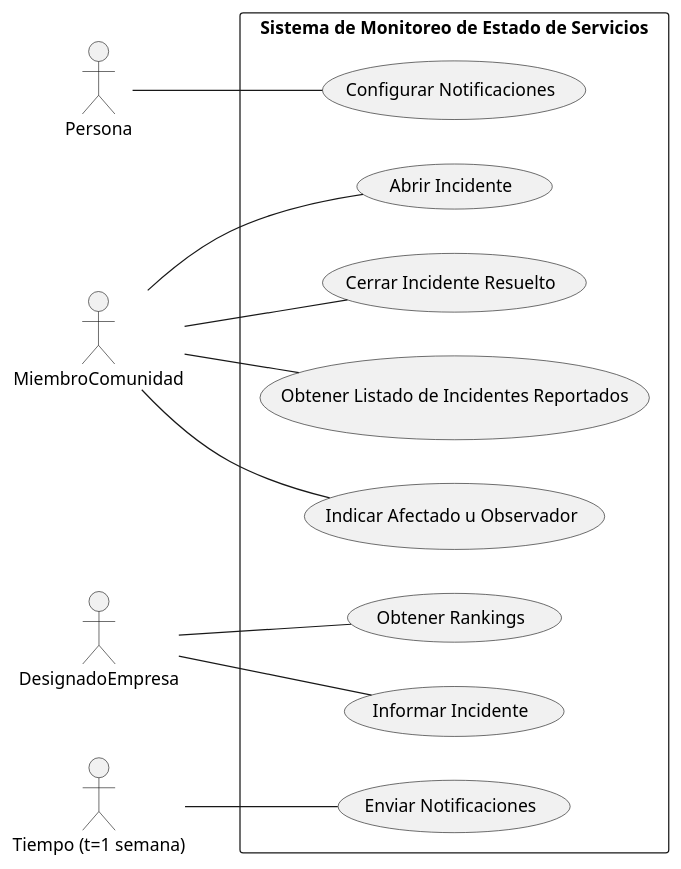
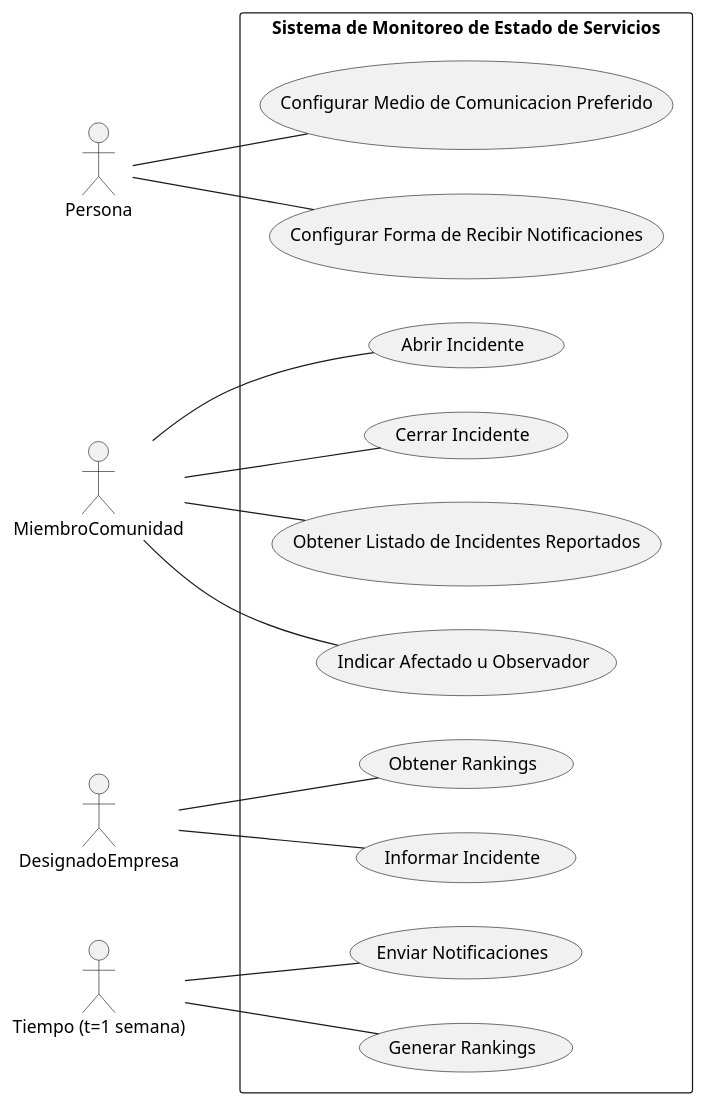
One commit to AndyTrias/comunidades-apoyo-movilidad-reducida- changed the diagram in Entregables/CasosDeUso.wsd. Above: the diagram before and after it, drawn with PlantUML.

Commit message:
nuevo CU

```diff
--- a/Entregables/CasosDeUso.wsd
+++ b/Entregables/CasosDeUso.wsd
@@ -1,23 +1,25 @@
 @startuml Caso De Uso
 
 left to right direction
 actor "Persona" as Persona
 actor "MiembroComunidad" as MiembroComunidad
 actor "DesignadoEmpresa" as DesignadoEmpresa
 actor "Tiempo (t=1 semana)" as Tiempo
 
 rectangle "Sistema de Monitoreo de Estado de Servicios" {
-Persona -- (Configurar Notificaciones)
+Persona -- (Configurar Medio de Comunicacion Preferido)
+Persona -- (Configurar Forma de Recibir Notificaciones)
 
 MiembroComunidad -- (Abrir Incidente)
-MiembroComunidad -- (Cerrar Incidente Resuelto)
+MiembroComunidad -- (Cerrar Incidente)
 MiembroComunidad -- (Obtener Listado de Incidentes Reportados)
 MiembroComunidad -- (Indicar Afectado u Observador)
 
 DesignadoEmpresa -- (Obtener Rankings)
 DesignadoEmpresa -- (Informar Incidente)
 
 Tiempo  -- (Enviar Notificaciones)
+Tiempo -- (Generar Rankings)
 
 }
 @enduml
```
